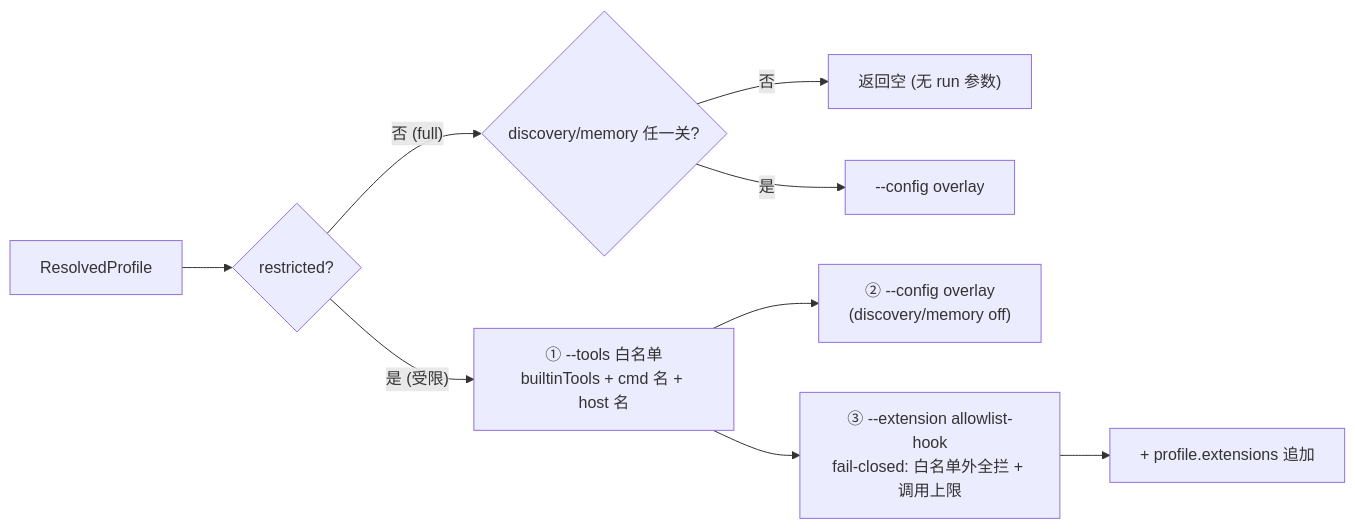
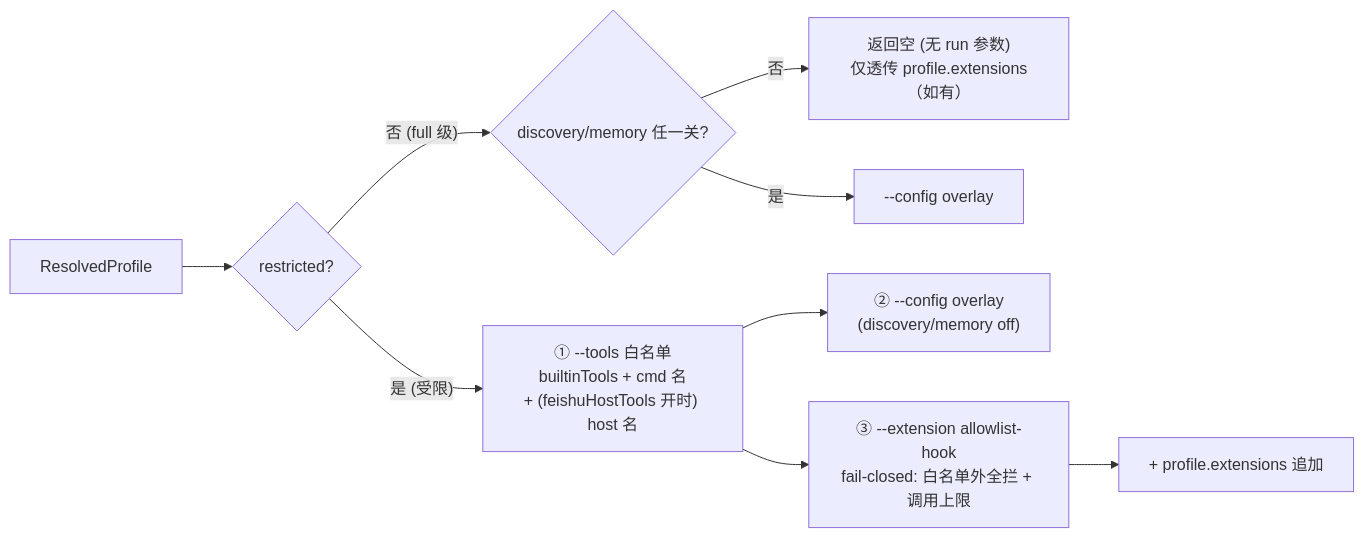
Before and after one commit to sorphwer/feishu-omp-bridge: the fourth of 4 diagrams in how-it-works/09-access-and-guest-sandbox.md, drawn with Mermaid. The commit also changed other lines of this file and 12 other files, not shown here.

````diff
--- a/how-it-works/09-access-and-guest-sandbox.md
+++ b/how-it-works/09-access-and-guest-sandbox.md
@@ -99,11 +203,11 @@
 ```mermaid
 flowchart LR
   P["ResolvedProfile"] --> R{"restricted?"}
-  R -->|"否 (full)"| OV0{"discovery/memory 任一关?"}
-  OV0 -->|否| EMPTY["返回空 (无 run 参数)"]
+  R -->|"否 (full 级)"| OV0{"discovery/memory 任一关?"}
+  OV0 -->|否| EMPTY["返回空 (无 run 参数)<br/>仅透传 profile.extensions（如有）"]
   OV0 -->|是| OVx["--config overlay"]
-  R -->|"是 (受限)"| L1["① --tools 白名单<br/>builtinTools + cmd 名 + host 名"]
+  R -->|"是 (受限)"| L1["① --tools 白名单<br/>builtinTools + cmd 名<br/>+ (feishuHostTools 开时) host 名"]
   L1 --> L2["② --config overlay<br/>(discovery/memory off)"]
   L1 --> L3["③ --extension allowlist-hook<br/>fail-closed: 白名单外全拦 + 调用上限"]
   L3 --> EXT["+ profile.extensions 追加"]
 ```
````
